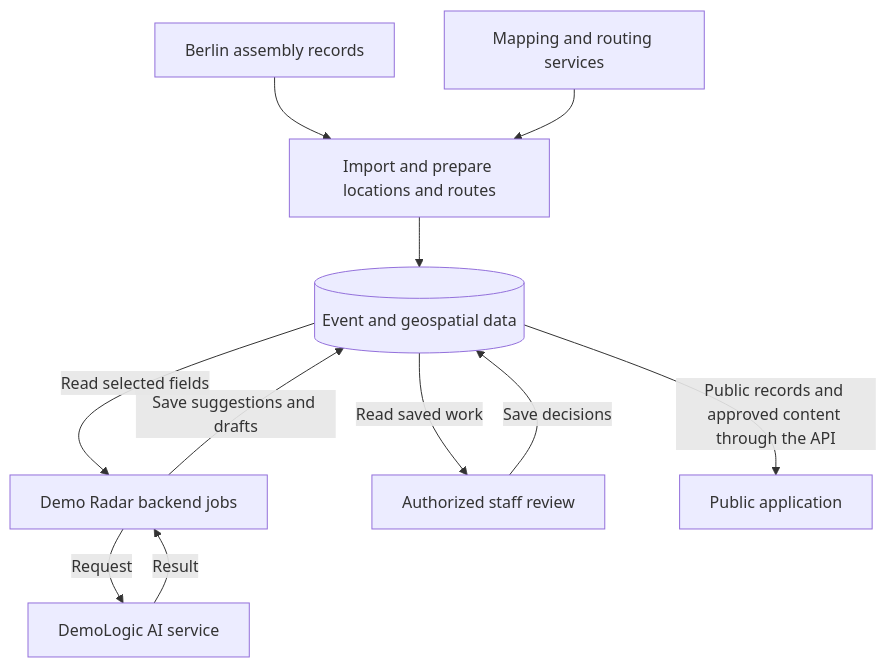
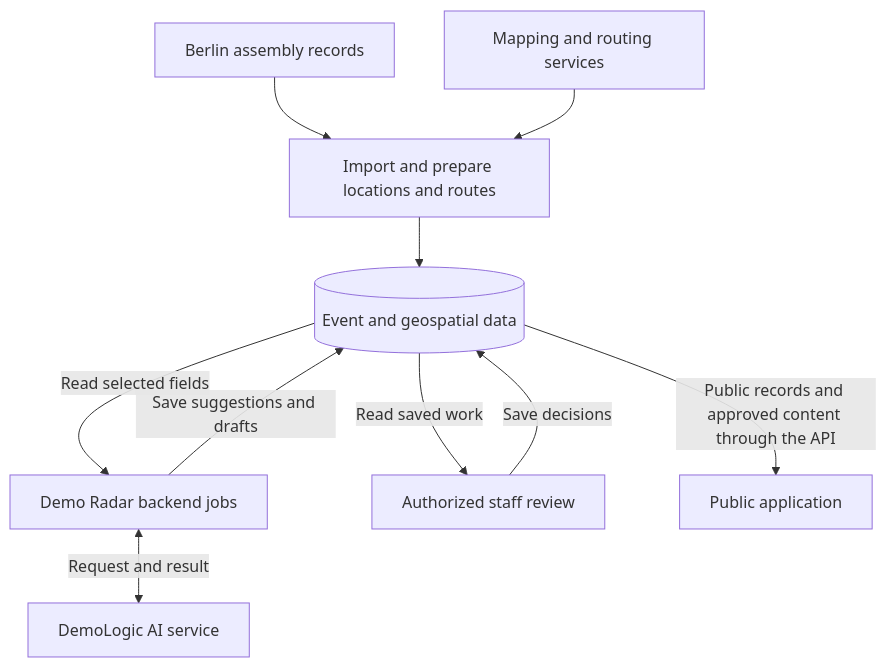
Before and after one commit to demo-radar/demo-radar-saas: the diagram in docs/architecture.md, drawn with Mermaid.

Commit message:
docs: keep AI request and result labels readable

````diff
--- a/docs/architecture.md
+++ b/docs/architecture.md
@@ -8,13 +8,12 @@
 ```mermaid
 flowchart TB
     Source[Berlin assembly records] --> Import[Import and prepare locations and routes]
     Mapping[Mapping and routing services] --> Import
     Import --> Data[(Event and geospatial data)]
     Data -->|Read selected fields| Jobs[Demo Radar backend jobs]
-    Jobs -->|Request| Logic[DemoLogic AI service]
-    Logic -->|Result| Jobs
+    Jobs <-->|Request and result| Logic[DemoLogic AI service]
     Jobs -->|Save suggestions and drafts| Data
     Data -->|Read saved work| Staff[Authorized staff review]
     Staff -->|Save decisions| Data
     Data -->|Public records and approved content through the API| Public[Public application]
 ```
````
